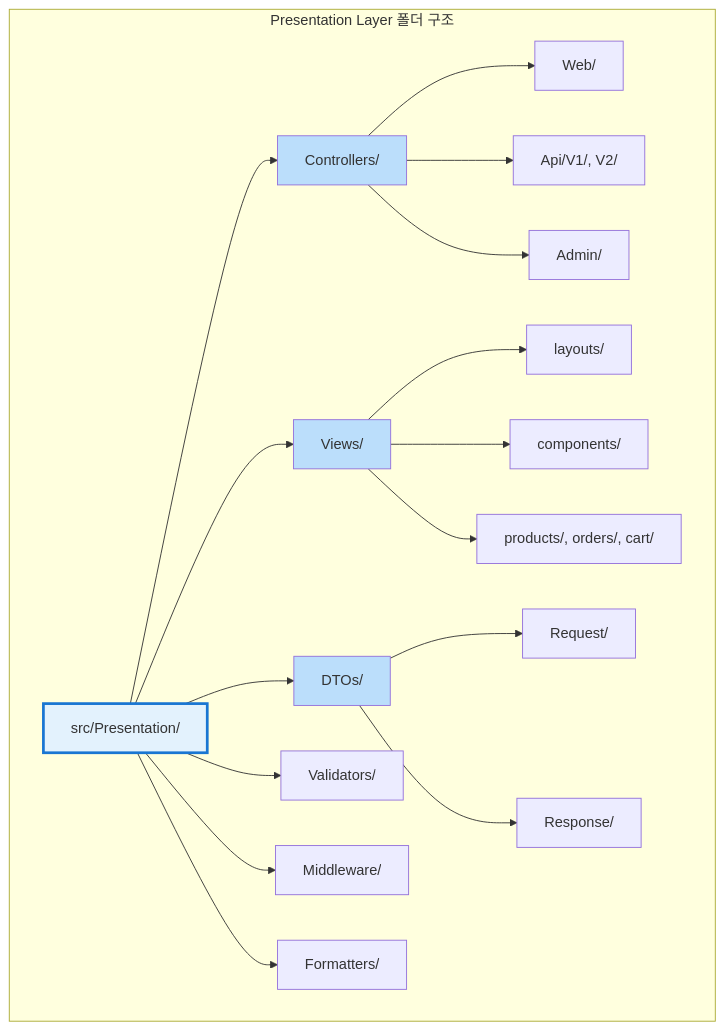
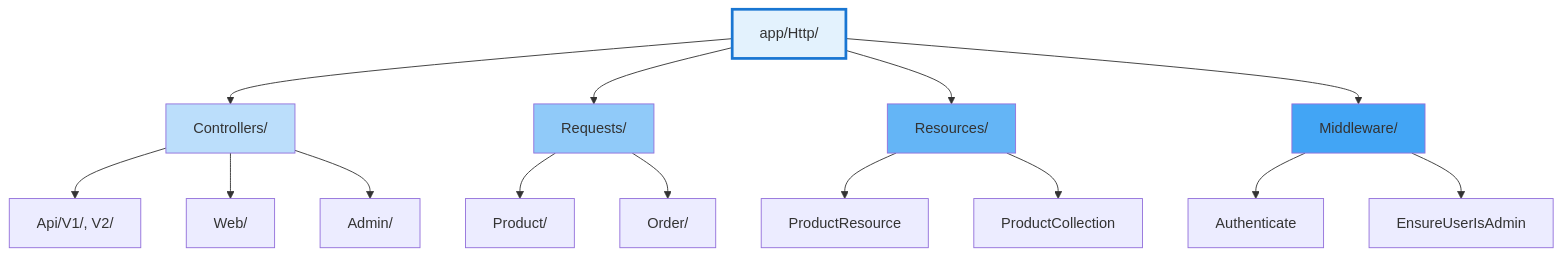
One commit to shaul1991/study-architecture changed the fourth of 9 diagrams in architecture/layered/php/README.md. Above: the diagram before and after it, drawn with Mermaid. The commit also changed other lines of this file and 1 other file, not shown here.

````diff
--- a/architecture/layered/php/README.md
+++ b/architecture/layered/php/README.md
@@ -326,31 +601,28 @@
 ```mermaid
 graph TB
-    subgraph "Presentation Layer 폴더 구조"
-        PRES[src/Presentation/]
+    HTTP[app/Http/]
 
-        CTRL[Controllers/]
-        PRES --> CTRL
+    HTTP --> CTRL[Controllers/]
+    HTTP --> REQ[Requests/]
+    HTTP --> RES[Resources/]
+    HTTP --> MW[Middleware/]
 
-        CTRL --> WEB[Web/]
-        CTRL --> API[Api/V1/, V2/]
-        CTRL --> ADMIN[Admin/]
+    CTRL --> API[Api/V1/, V2/]
+    CTRL --> WEB[Web/]
+    CTRL --> ADMIN[Admin/]
 
-        PRES --> VIEWS[Views/]
-        VIEWS --> LAYOUT[layouts/]
-        VIEWS --> COMP[components/]
-        VIEWS --> PAGES[products/, orders/, cart/]
+    REQ --> REQ_PROD[Product/]
+    REQ --> REQ_ORDER[Order/]
 
-        PRES --> DTO[DTOs/]
-        DTO --> REQ[Request/]
-        DTO --> RES[Response/]
+    RES --> RES_PROD[ProductResource]
+    RES --> RES_COLL[ProductCollection]
 
-        PRES --> VAL[Validators/]
-        PRES --> MW[Middleware/]
-        PRES --> FMT[Formatters/]
-    end
+    MW --> MW_AUTH[Authenticate]
+    MW --> MW_ADMIN[EnsureUserIsAdmin]
 
-    style PRES fill:#e3f2fd,stroke:#1976d2,stroke-width:3px
+    style HTTP fill:#e3f2fd,stroke:#1976d2,stroke-width:3px
     style CTRL fill:#bbdefb
-    style VIEWS fill:#bbdefb
-    style DTO fill:#bbdefb
+    style REQ fill:#90caf9
+    style RES fill:#64b5f6
+    style MW fill:#42a5f5
 ```
````
